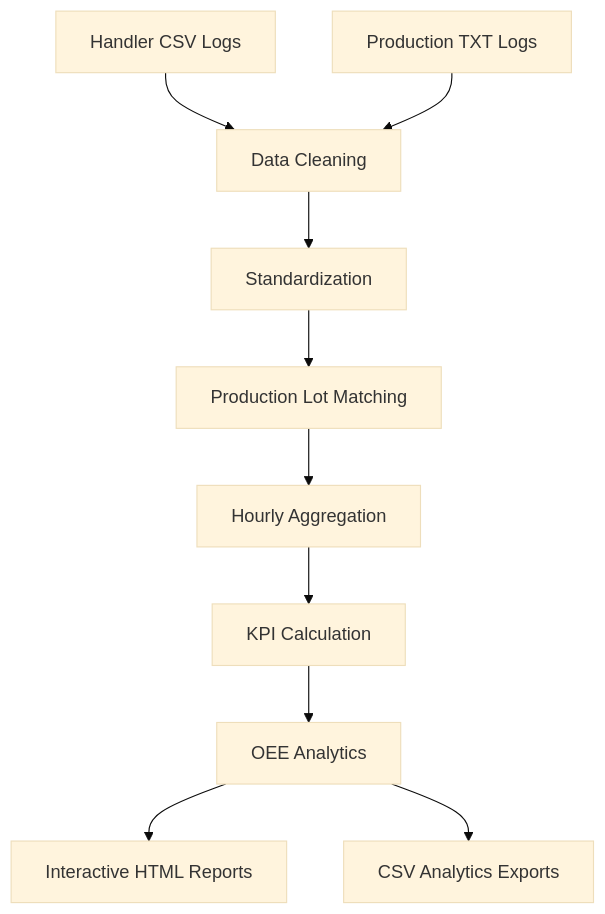
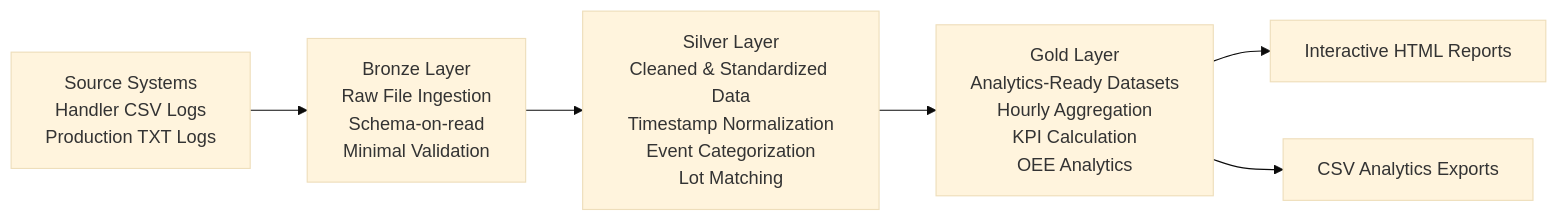
Before and after one commit to kenbugasto/semiconductor-oee-analytics: the diagram in README.md, drawn with Mermaid (base theme). The commit also changed other lines of this file, not shown here.

````diff
--- a/README.md
+++ b/README.md
@@ -202,18 +200,14 @@
 ```mermaid
-flowchart TD
+flowchart LR
 
-A[Handler CSV Logs]
-B[Production TXT Logs]
+A[Source Systems<br/>Handler CSV Logs<br/>Production TXT Logs]
 
-A --> C[Data Cleaning]
-B --> C
+A --> B[Bronze Layer<br/>Raw File Ingestion<br/>Schema-on-read<br/>Minimal Validation]
 
-C --> D[Standardization]
-D --> E[Production Lot Matching]
-E --> F[Hourly Aggregation]
-F --> G[KPI Calculation]
-G --> H[OEE Analytics]
+B --> C[Silver Layer<br/>Cleaned & Standardized Data<br/>Timestamp Normalization<br/>Event Categorization<br/>Lot Matching]
 
-H --> I[Interactive HTML Reports]
-H --> J[CSV Analytics Exports]
+C --> D[Gold Layer<br/>Analytics-Ready Datasets<br/>Hourly Aggregation<br/>KPI Calculation<br/>OEE Analytics]
+
+D --> E[Interactive HTML Reports]
+D --> F[CSV Analytics Exports]
 ```
````
